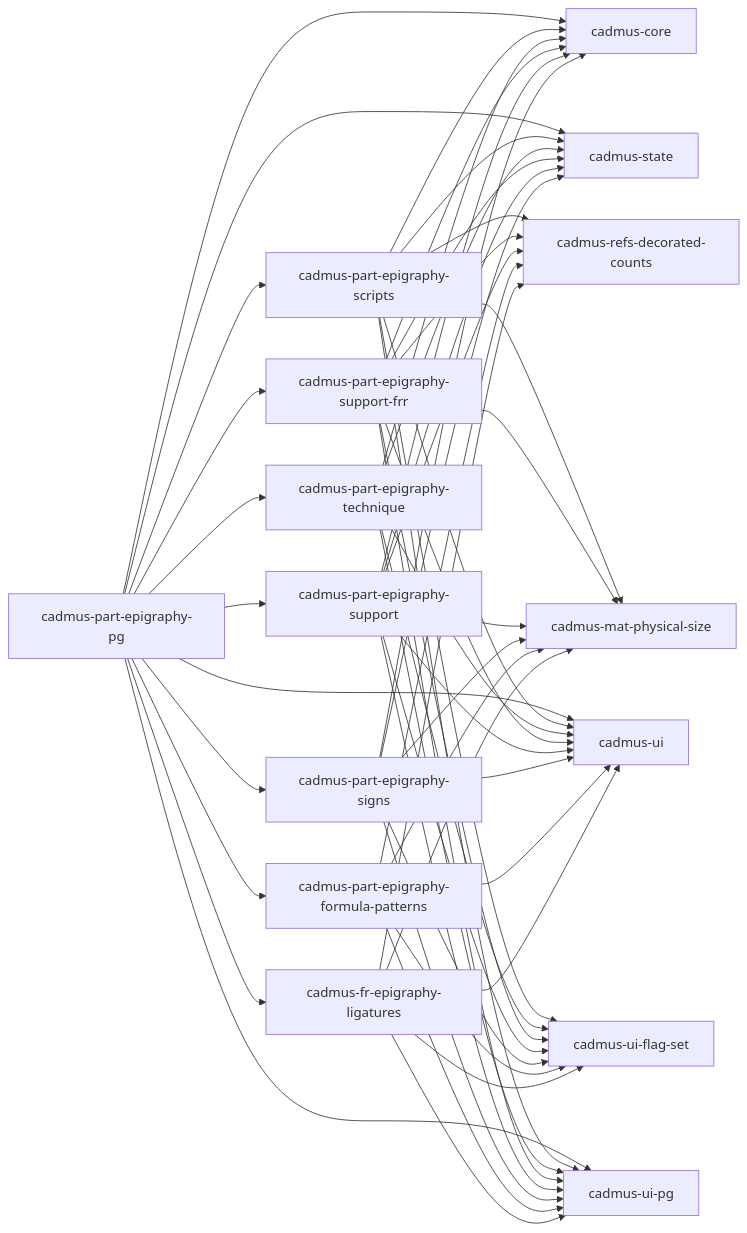
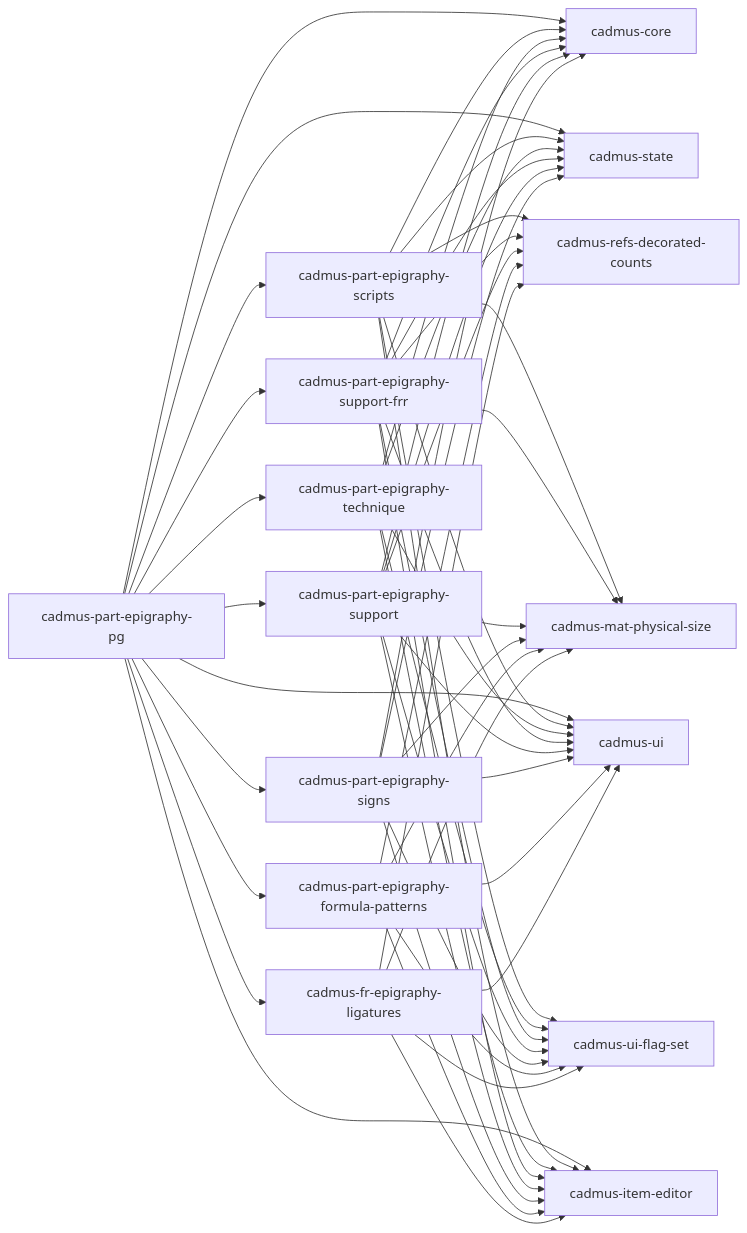
Before and after one commit to vedph/cadmus-epigraphy-shell: the diagram in README.md, drawn with Mermaid. The commit also changed 17 other files, not shown here.

````diff
--- a/README.md
+++ b/README.md
@@ -20,56 +20,56 @@
 ```mermaid
 graph LR;
   cadmus-fr-epigraphy-ligatures --> cadmus-mat-physical-size
   cadmus-fr-epigraphy-ligatures --> cadmus-refs-decorated-counts
   cadmus-fr-epigraphy-ligatures --> cadmus-ui-flag-set
   cadmus-fr-epigraphy-ligatures --> cadmus-ui
-  cadmus-fr-epigraphy-ligatures --> cadmus-ui-pg
+  cadmus-fr-epigraphy-ligatures --> cadmus-item-editor
   cadmus-part-epigraphy-formula-patterns --> cadmus-mat-physical-size
   cadmus-part-epigraphy-formula-patterns --> cadmus-refs-decorated-counts
   cadmus-part-epigraphy-formula-patterns --> cadmus-ui-flag-set
   cadmus-part-epigraphy-formula-patterns --> cadmus-ui
-  cadmus-part-epigraphy-formula-patterns --> cadmus-ui-pg
+  cadmus-part-epigraphy-formula-patterns --> cadmus-item-editor
   cadmus-part-epigraphy-signs --> cadmus-mat-physical-size
   cadmus-part-epigraphy-signs --> cadmus-ui-flag-set
   cadmus-part-epigraphy-signs --> cadmus-core
   cadmus-part-epigraphy-signs --> cadmus-state
   cadmus-part-epigraphy-signs --> cadmus-ui
-  cadmus-part-epigraphy-signs --> cadmus-ui-pg
+  cadmus-part-epigraphy-signs --> cadmus-item-editor
   cadmus-part-epigraphy-support --> cadmus-refs-decorated-counts
   cadmus-part-epigraphy-support --> cadmus-ui-flag-set
   cadmus-part-epigraphy-support --> cadmus-mat-physical-size
   cadmus-part-epigraphy-support --> cadmus-core
   cadmus-part-epigraphy-support --> cadmus-state
   cadmus-part-epigraphy-support --> cadmus-ui
-  cadmus-part-epigraphy-support --> cadmus-ui-pg
+  cadmus-part-epigraphy-support --> cadmus-item-editor
   cadmus-part-epigraphy-support-frr --> cadmus-refs-decorated-counts
   cadmus-part-epigraphy-support-frr --> cadmus-ui-flag-set
   cadmus-part-epigraphy-support-frr --> cadmus-mat-physical-size
   cadmus-part-epigraphy-support-frr --> cadmus-core
   cadmus-part-epigraphy-support-frr --> cadmus-state
   cadmus-part-epigraphy-support-frr --> cadmus-ui
-  cadmus-part-epigraphy-support-frr --> cadmus-ui-pg
+  cadmus-part-epigraphy-support-frr --> cadmus-item-editor
   cadmus-part-epigraphy-technique --> cadmus-ui-flag-set
   cadmus-part-epigraphy-technique --> cadmus-core
   cadmus-part-epigraphy-technique --> cadmus-state
   cadmus-part-epigraphy-technique --> cadmus-ui
-  cadmus-part-epigraphy-technique --> cadmus-ui-pg
+  cadmus-part-epigraphy-technique --> cadmus-item-editor
   cadmus-part-epigraphy-scripts --> cadmus-mat-physical-size
   cadmus-part-epigraphy-scripts --> cadmus-refs-decorated-counts
   cadmus-part-epigraphy-scripts --> cadmus-ui-flag-set
   cadmus-part-epigraphy-scripts --> cadmus-core
   cadmus-part-epigraphy-scripts --> cadmus-state
   cadmus-part-epigraphy-scripts --> cadmus-ui
-  cadmus-part-epigraphy-scripts --> cadmus-ui-pg
+  cadmus-part-epigraphy-scripts --> cadmus-item-editor
   cadmus-part-epigraphy-pg --> cadmus-core
   cadmus-part-epigraphy-pg --> cadmus-state
   cadmus-part-epigraphy-pg --> cadmus-ui
-  cadmus-part-epigraphy-pg --> cadmus-ui-pg
+  cadmus-part-epigraphy-pg --> cadmus-item-editor
   cadmus-part-epigraphy-pg --> cadmus-part-epigraphy-support
   cadmus-part-epigraphy-pg --> cadmus-part-epigraphy-support-frr
   cadmus-part-epigraphy-pg --> cadmus-part-epigraphy-scripts
   cadmus-part-epigraphy-pg --> cadmus-part-epigraphy-technique
   cadmus-part-epigraphy-pg --> cadmus-part-epigraphy-signs
   cadmus-part-epigraphy-pg --> cadmus-fr-epigraphy-ligatures
   cadmus-part-epigraphy-pg --> cadmus-part-epigraphy-formula-patterns
 ```
````
